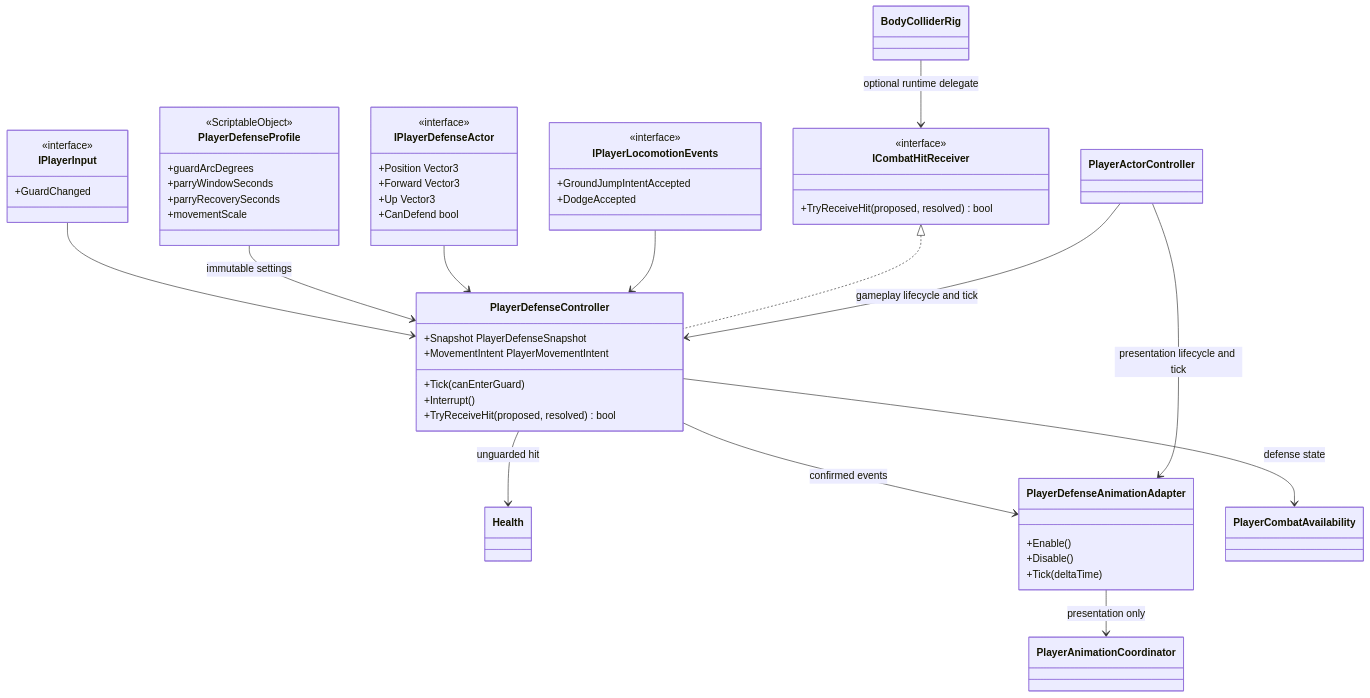
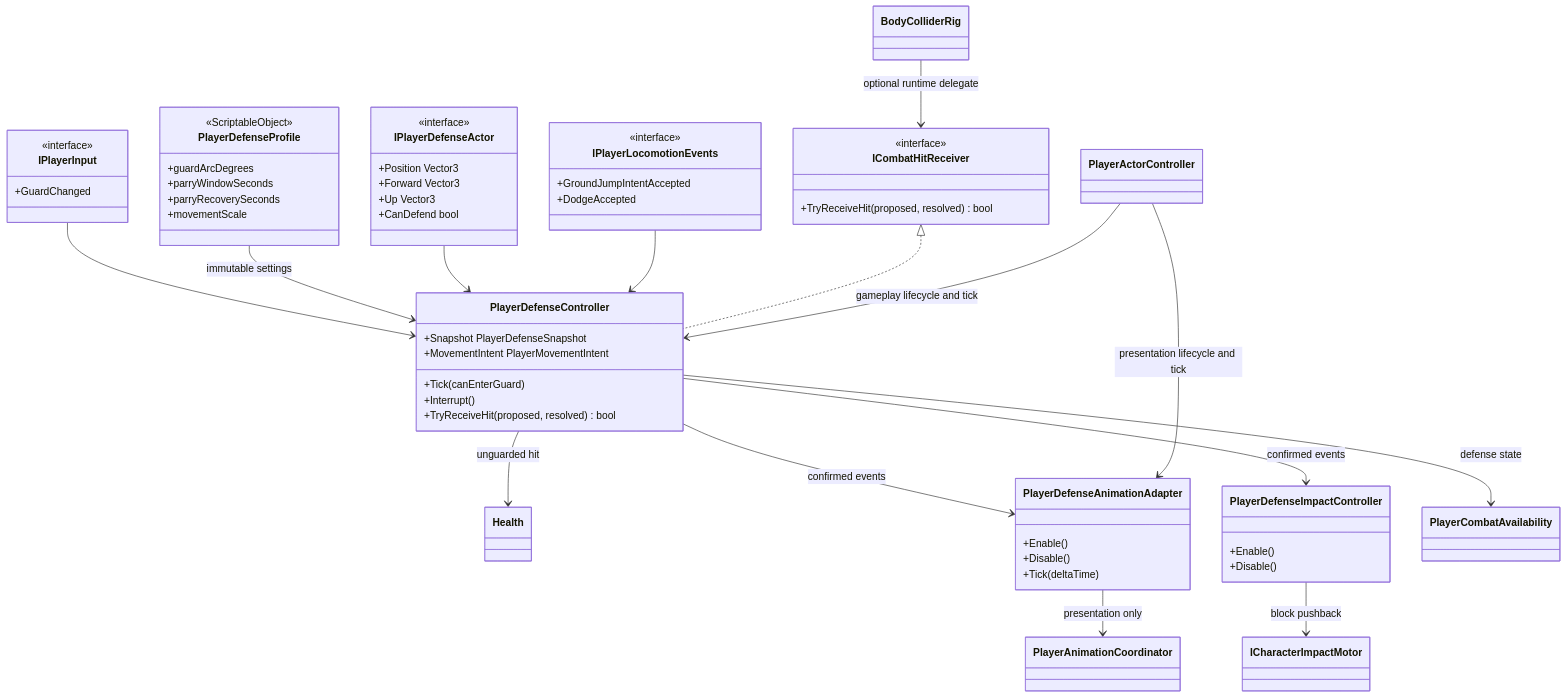
The diagram in Assets/_App/Core/Runtime/Combat/Defense/README.md (MaximFonariuc/project-s), drawn with Mermaid before and after one commit. The commit also changed other lines of this file and 6 other files, not shown here.

Commit message:
feat(combat): add guarded block pushback

````diff
--- a/Assets/_App/Core/Runtime/Combat/Defense/README.md
+++ b/Assets/_App/Core/Runtime/Combat/Defense/README.md
@@ -7,60 +7,67 @@
 ```mermaid
 classDiagram
     class IPlayerInput {
         <<interface>>
         +GuardChanged
     }
     class PlayerDefenseController {
         +Snapshot PlayerDefenseSnapshot
         +MovementIntent PlayerMovementIntent
         +Tick(canEnterGuard)
         +Interrupt()
         +TryReceiveHit(proposed, resolved) bool
     }
     class PlayerDefenseProfile {
         <<ScriptableObject>>
         +guardArcDegrees
         +parryWindowSeconds
         +parryRecoverySeconds
         +movementScale
     }
     class IPlayerDefenseActor {
         <<interface>>
         +Position Vector3
         +Forward Vector3
         +Up Vector3
         +CanDefend bool
     }
     class IPlayerLocomotionEvents {
         <<interface>>
         +GroundJumpIntentAccepted
         +DodgeAccepted
     }
     class ICombatHitReceiver {
         <<interface>>
         +TryReceiveHit(proposed, resolved) bool
     }
     class BodyColliderRig
     class Health
     class PlayerDefenseAnimationAdapter {
         +Enable()
         +Disable()
         +Tick(deltaTime)
     }
+    class PlayerDefenseImpactController {
+        +Enable()
+        +Disable()
+    }
+    class ICharacterImpactMotor
     class PlayerAnimationCoordinator
     class PlayerCombatAvailability
     class PlayerActorController
 
     IPlayerInput --> PlayerDefenseController
     PlayerDefenseProfile --> PlayerDefenseController : immutable settings
     IPlayerDefenseActor --> PlayerDefenseController
     IPlayerLocomotionEvents --> PlayerDefenseController
     ICombatHitReceiver <|.. PlayerDefenseController
     BodyColliderRig --> ICombatHitReceiver : optional runtime delegate
     PlayerDefenseController --> Health : unguarded hit
     PlayerDefenseController --> PlayerDefenseAnimationAdapter : confirmed events
+    PlayerDefenseController --> PlayerDefenseImpactController : confirmed events
+    PlayerDefenseImpactController --> ICharacterImpactMotor : block pushback
     PlayerDefenseAnimationAdapter --> PlayerAnimationCoordinator : presentation only
     PlayerDefenseController --> PlayerCombatAvailability : defense state
     PlayerActorController --> PlayerDefenseController : gameplay lifecycle and tick
     PlayerActorController --> PlayerDefenseAnimationAdapter : presentation lifecycle and tick
 ```
````
